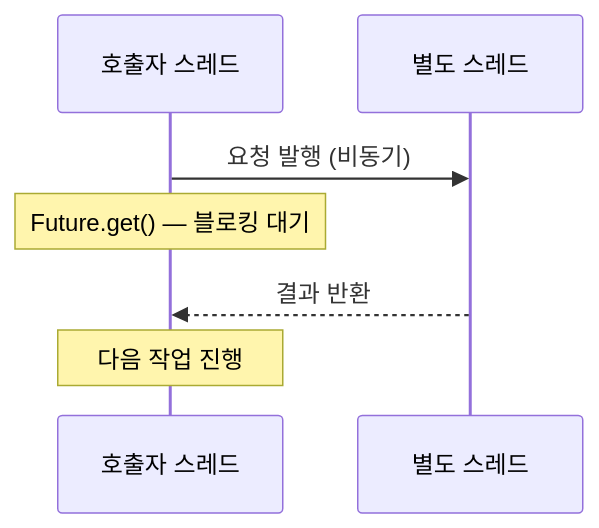
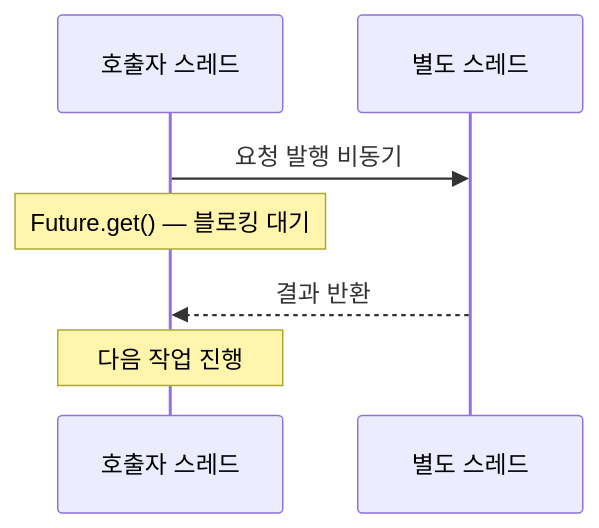
One commit to yjkim2015/yjkim2015.github.io changed the third of 9 diagrams in _posts/server/2026-05-01-sync-async-block-nonblock.md. Above: the diagram before and after it, drawn with Mermaid. The commit also changed other lines of this file and 85 other files, not shown here.

First line of the commit message:
sequenceDiagram 문법 에러 2차 수정 169개 (86파일)

````diff
--- a/_posts/server/2026-05-01-sync-async-block-nonblock.md
+++ b/_posts/server/2026-05-01-sync-async-block-nonblock.md
@@ -134,9 +134,9 @@
 ```mermaid
 sequenceDiagram
     participant T as 호출자 스레드
     participant BG as 별도 스레드
-    T->>BG: 요청 발행 (비동기)
+    T->>BG: 요청 발행 비동기
     Note over T: Future.get() — 블로킹 대기
     BG-->>T: 결과 반환
     Note over T: 다음 작업 진행
 ```
````
